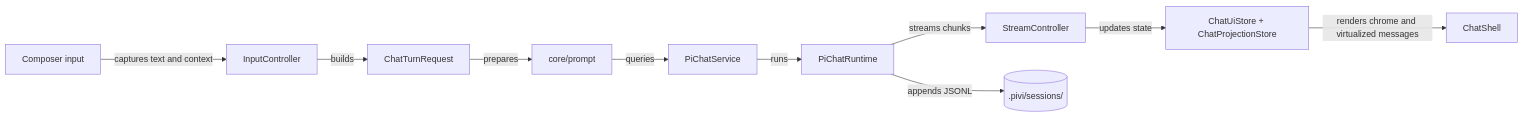
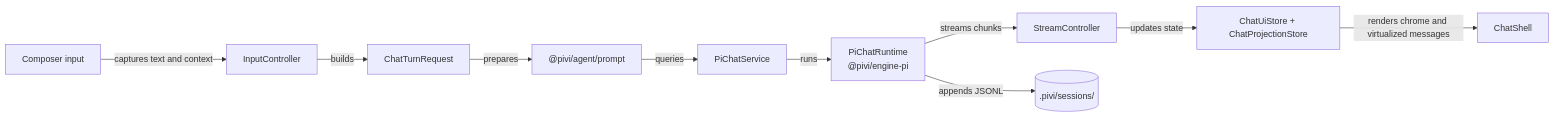
Before and after one commit to shuuul/obsidian-pivi: the third of 3 diagrams in docs/README.md, drawn with Mermaid. The commit also changed other lines of this file and 817 other files, not shown here.

First line of the commit message:
refactor(architecture): split agent package from Pi engine adapter

````diff
--- a/docs/README.md
+++ b/docs/README.md
@@ -66,12 +66,12 @@
 ```mermaid
 flowchart LR
   User["Composer input"] -- "captures text and context" --> Input["InputController"]
   Input -- "builds" --> Request["ChatTurnRequest"]
-  Request -- "prepares" --> Prompt["core/prompt"]
+  Request -- "prepares" --> Prompt["@pivi/agent/prompt"]
   Prompt -- "queries" --> Service["PiChatService"]
-  Service -- "runs" --> Engine["PiChatRuntime"]
+  Service -- "runs" --> Engine["PiChatRuntime<br/>@pivi/engine-pi"]
   Engine -- "streams chunks" --> Stream["StreamController"]
   Stream -- "updates state" --> Store["ChatUiStore + ChatProjectionStore"]
   Store -- "renders chrome and virtualized messages" --> React["ChatShell"]
   Engine -- "appends JSONL" --> Session[(".pivi/sessions/")]
 ```
````
